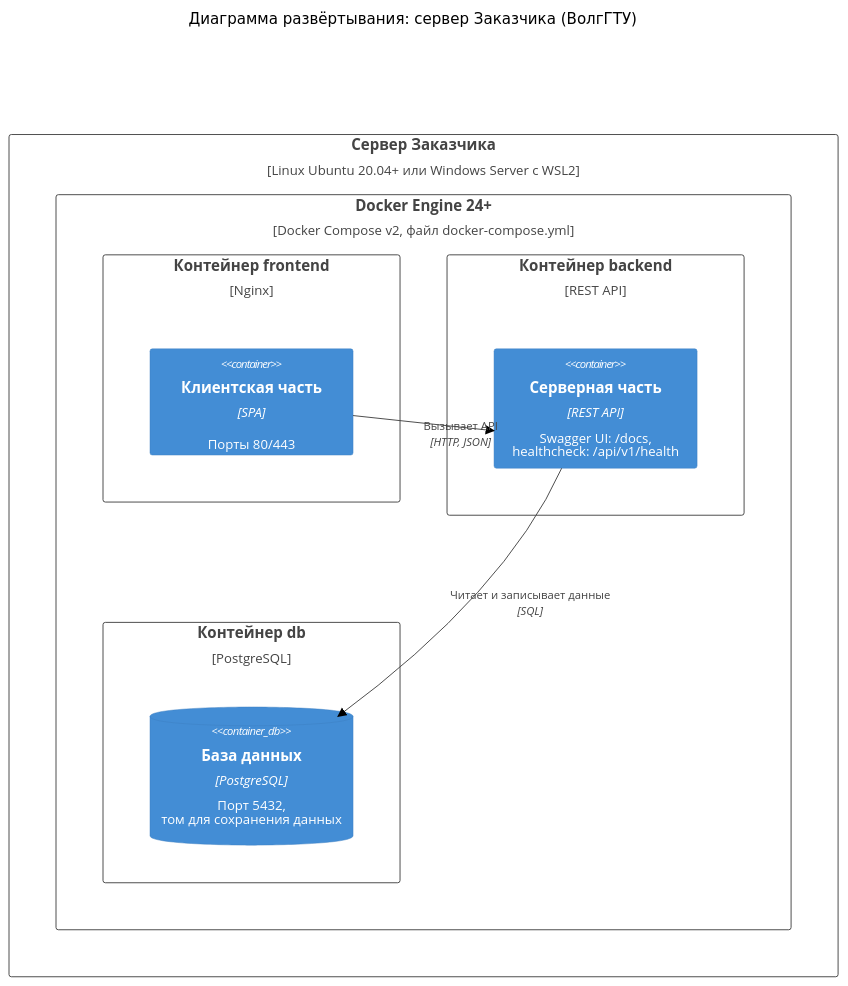
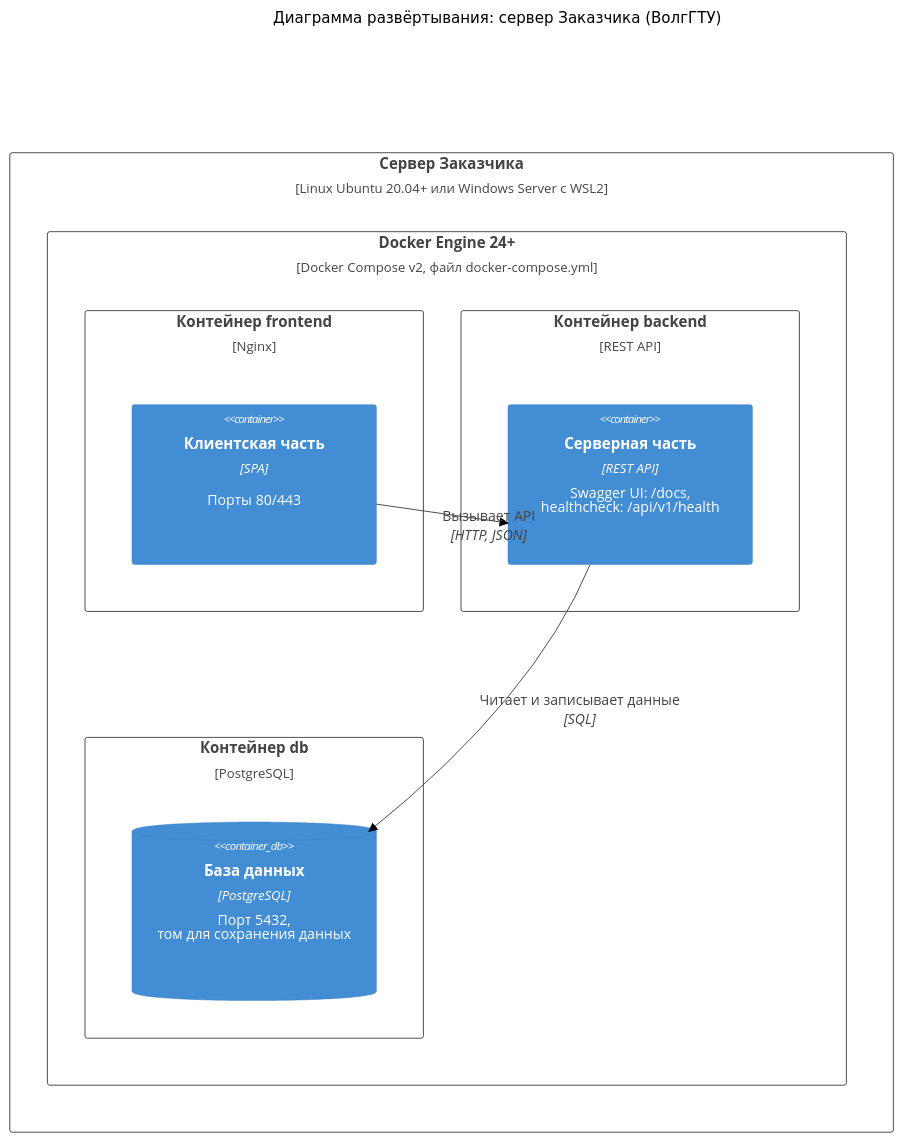
Before and after one commit to pozhilaya-shinshilla/Learning-Materials-Management-Software: the fourth of 4 diagrams in docs/C4 model.md, drawn with Mermaid (neutral theme). The commit also changed other lines of this file, not shown here.

````diff
--- a/docs/C4 model.md
+++ b/docs/C4 model.md
@@ -111,21 +114,22 @@
 ```mermaid
+%%{init: {"c4": {"diagramMarginX": 40, "diagramMarginY": 30, "c4ShapeMargin": 50, "c4ShapePadding": 20, "width": 260, "height": 170, "fontSize": 15}}}%%
 C4Deployment
     title Диаграмма развёртывания: сервер Заказчика (ВолгГТУ)
 
     Deployment_Node(server, "Сервер Заказчика", "Linux Ubuntu 20.04+ или Windows Server с WSL2") {
         Deployment_Node(docker, "Docker Engine 24+", "Docker Compose v2, файл docker-compose.yml") {
             Deployment_Node(feNode, "Контейнер frontend", "Nginx") {
                 Container(frontend, "Клиентская часть", "SPA", "Порты 80/443")
             }
             Deployment_Node(beNode, "Контейнер backend", "REST API") {
                 Container(backend, "Серверная часть", "REST API", "Swagger UI: /docs,<br/>healthcheck: /api/v1/health")
             }
             Deployment_Node(dbNode, "Контейнер db", "PostgreSQL") {
                 ContainerDb(db, "База данных", "PostgreSQL", "Порт 5432,<br/>том для сохранения данных")
             }
         }
     }
 
     Rel(frontend, backend, "Вызывает API", "HTTP, JSON")
     Rel(backend, db, "Читает и записывает данные", "SQL")
 ```
````
